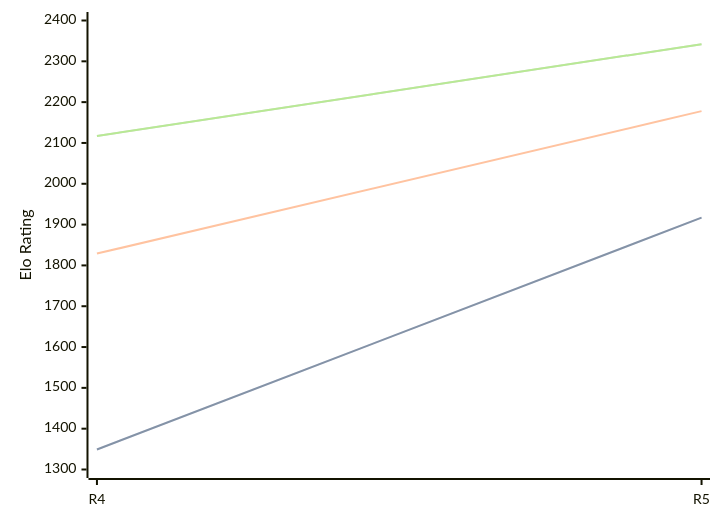
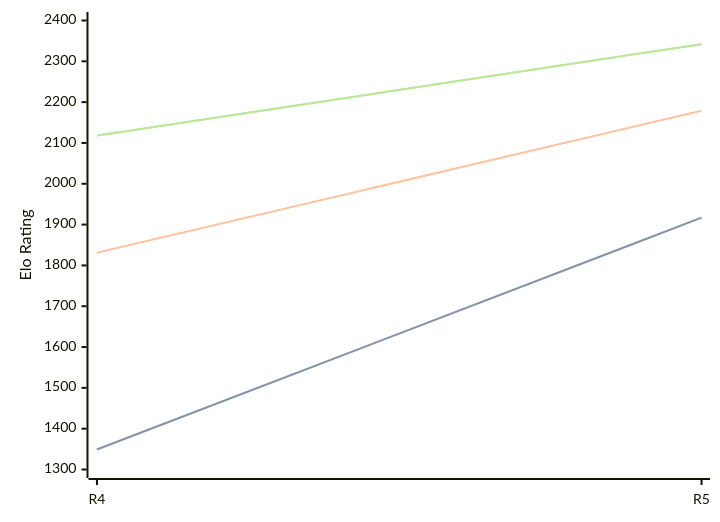
Before and after one commit to computer-chess-index/cci: the diagram in engines/Viking.md, drawn with Mermaid. The commit also changed other lines of this file, not shown here.

Commit message:
Update CCI Ratings (ELO VLTC) - 2026-08-29

````diff
--- a/engines/Viking.md
+++ b/engines/Viking.md
@@ -35,11 +35,11 @@
 ```mermaid
 %%{init: {"theme":"base","themeVariables":{"seriesColors:['#a3a3a3','#222221','#faa371']}}}%%
 xychart-beta
   x-axis ["R4", "R5"]
   y-axis "Elo Rating" 1300 --> 2400
   line "" [1349, 1917]
   line "STC (8.0+0.08s)" [1349, 1917]
-  line "LTC (60.0+0.60s)" [1829, 2178]
-  line "" [2117, 2342]
-  line "VLTC (2m24s+1.12s)" [2117, 2342]
+  line "LTC (60.0+0.60s)" [1831, 2179]
+  line "" [2118, 2342]
+  line "VLTC (2m24s+1.12s)" [2118, 2342]
 ```
````
